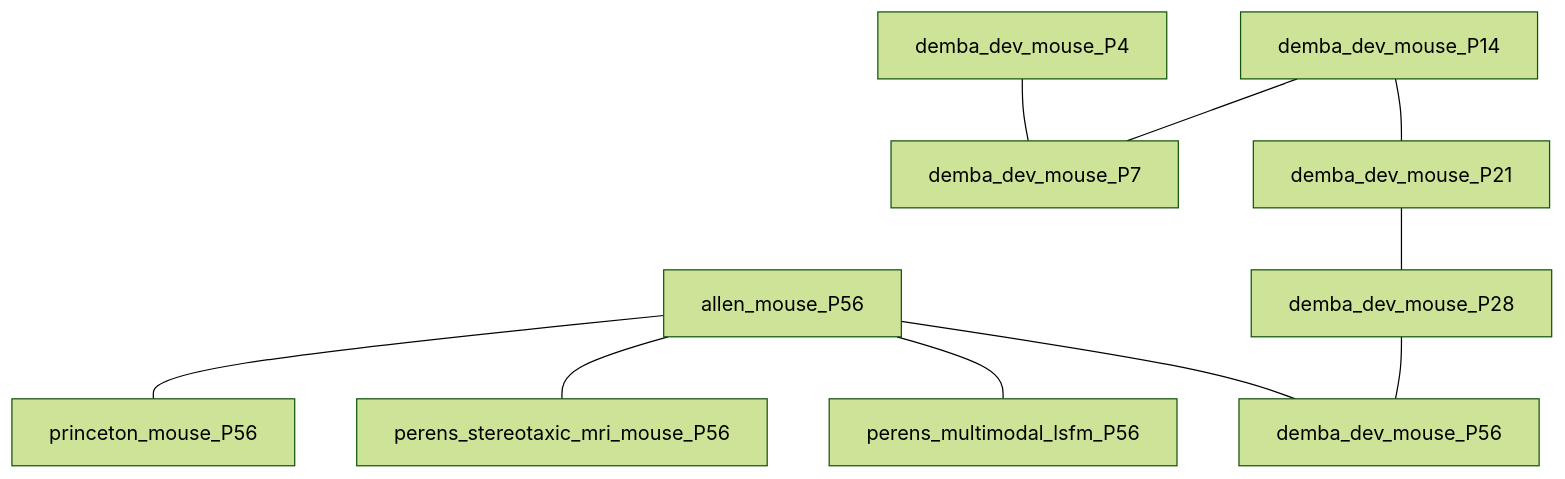
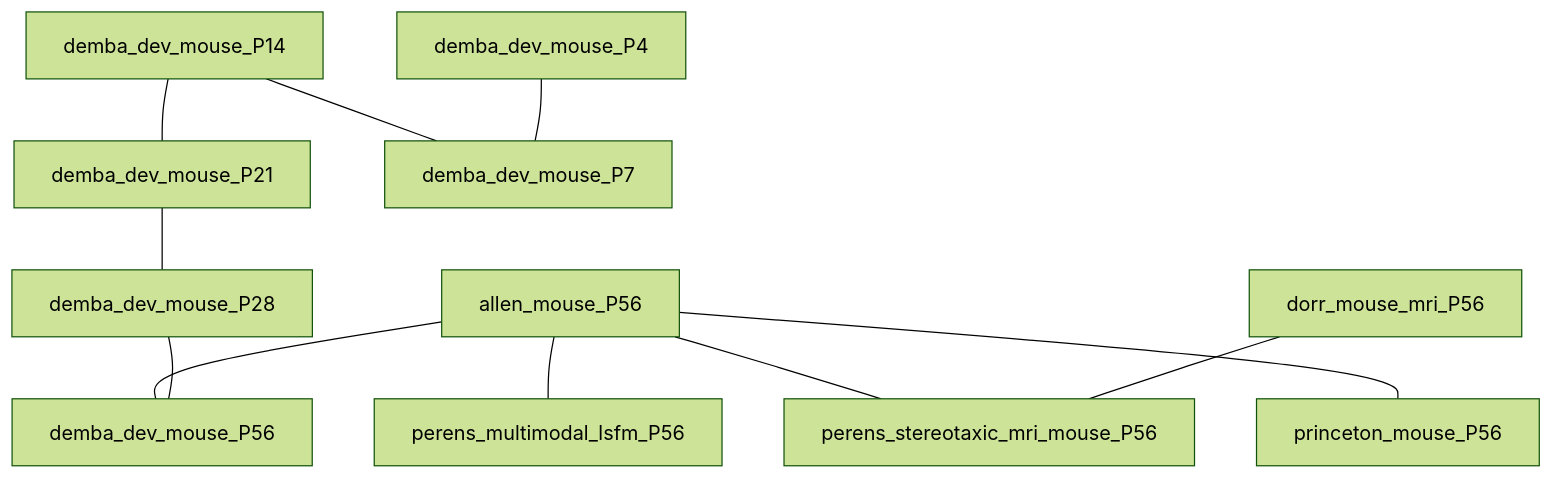
Before and after one commit to brainglobe/brainglobe-ccf-translator: the diagram in utilities/README.md, drawn with Mermaid (forest theme).

Commit message:
run graph update script and update readme

````diff
--- a/utilities/README.md
+++ b/utilities/README.md
@@ -5,12 +5,13 @@
 ```mermaid
 graph TD
     allen_mouse_P56 --- demba_dev_mouse_P56
     allen_mouse_P56 --- perens_multimodal_lsfm_P56
     allen_mouse_P56 --- perens_stereotaxic_mri_mouse_P56
     allen_mouse_P56 --- princeton_mouse_P56
     demba_dev_mouse_P14 --- demba_dev_mouse_P21
     demba_dev_mouse_P14 --- demba_dev_mouse_P7
     demba_dev_mouse_P21 --- demba_dev_mouse_P28
     demba_dev_mouse_P28 --- demba_dev_mouse_P56
     demba_dev_mouse_P4 --- demba_dev_mouse_P7
+    dorr_mouse_mri_P56 --- perens_stereotaxic_mri_mouse_P56
 ```
````
